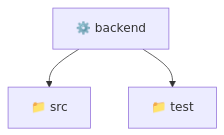
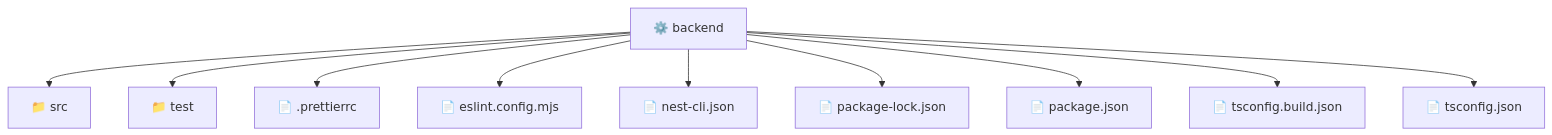
One commit to beginwebdev2002/fullstack-mavluda changed the diagram in backend/README.md. Above: the diagram before and after it, drawn with Mermaid. The commit also changed other lines of this file and 165 other files, not shown here.

First line of the commit message:
docs: generate localized architectural READMEs

````diff
--- a/backend/README.md
+++ b/backend/README.md
@@ -9,6 +9,13 @@
 ```mermaid
 graph TD
-  Root["⚙️ backend"]
-  Root --> src["📁 src"]
-  Root --> test["📁 test"]
+  backend["⚙️ backend"]
+  backend --> src["📁 src"]
+  backend --> test["📁 test"]
+  backend --> _prettierrc["📄 .prettierrc"]
+  backend --> eslint_config_mjs["📄 eslint.config.mjs"]
+  backend --> nest_cli_json["📄 nest-cli.json"]
+  backend --> package_lock_json["📄 package-lock.json"]
+  backend --> package_json["📄 package.json"]
+  backend --> tsconfig_build_json["📄 tsconfig.build.json"]
+  backend --> tsconfig_json["📄 tsconfig.json"]
 ```
````
